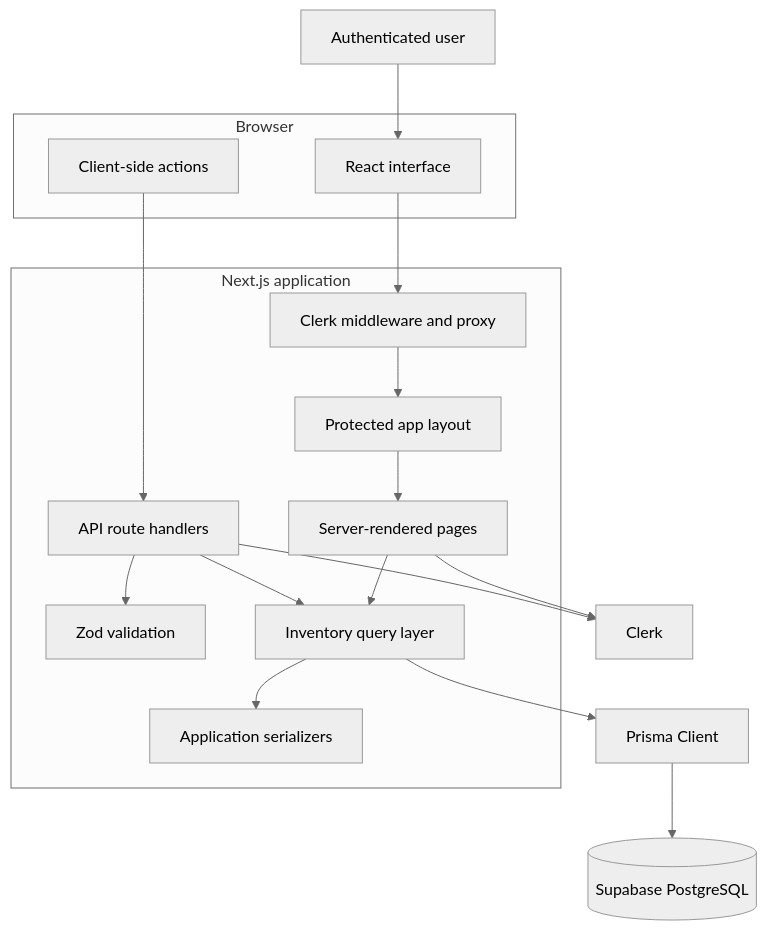
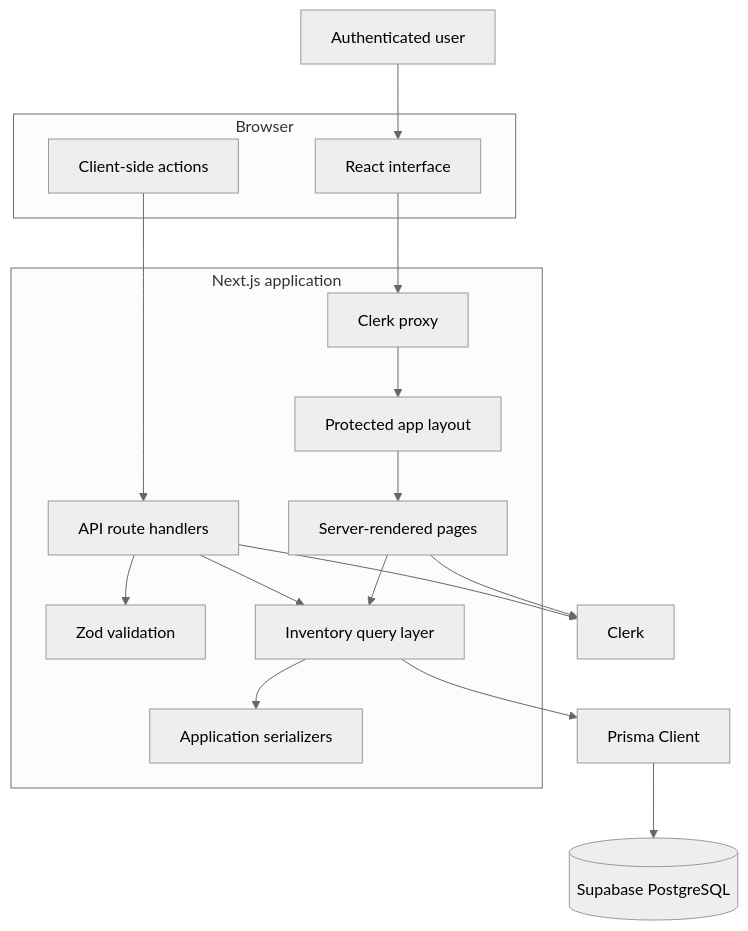
Before and after one commit to aidankim324/MyKitchen: the second of 4 diagrams in docs/ARCHITECTURE.md, drawn with Mermaid (neutral theme). The commit also changed other lines of this file and 2 other files, not shown here.

````diff
--- a/docs/ARCHITECTURE.md
+++ b/docs/ARCHITECTURE.md
@@ -19,40 +54,40 @@
 ```mermaid
 flowchart TD
     User[Authenticated user]
 
     subgraph Browser
         UI[React interface]
         ClientActions[Client-side actions]
     end
 
     subgraph NextApp[Next.js application]
-        Proxy[Clerk middleware and proxy]
+        Proxy[Clerk proxy]
         ProtectedLayout[Protected app layout]
         ServerPages[Server-rendered pages]
         RouteHandlers[API route handlers]
         Zod[Zod validation]
         QueryLayer[Inventory query layer]
         Serializer[Application serializers]
     end
 
     Clerk[Clerk]
     Prisma[Prisma Client]
     PostgreSQL[(Supabase PostgreSQL)]
 
     User --> UI
     UI --> Proxy
     Proxy --> ProtectedLayout
     ProtectedLayout --> ServerPages
 
     ClientActions --> RouteHandlers
     RouteHandlers --> Clerk
     RouteHandlers --> Zod
     RouteHandlers --> QueryLayer
 
     ServerPages --> Clerk
     ServerPages --> QueryLayer
 
     QueryLayer --> Prisma
     Prisma --> PostgreSQL
     QueryLayer --> Serializer
 ```
````
